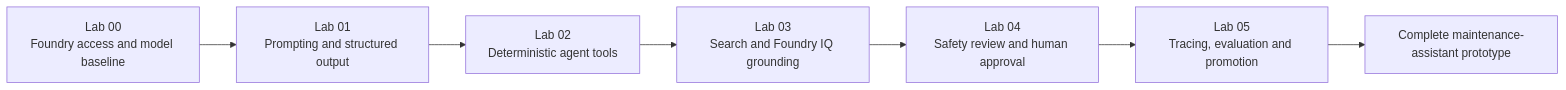
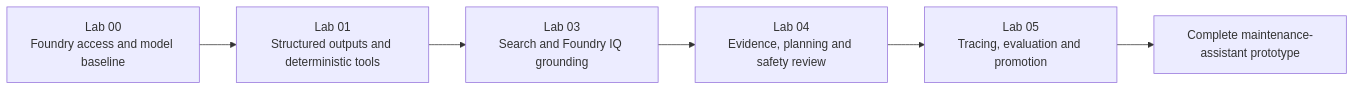
The third of 3 diagrams in ARCHITECTURE.md (ili-meco/opg-microsoft-foundry-workshop), drawn with Mermaid before and after one commit. The commit also changed other lines of this file and 26 other files, not shown here.

Commit message:
Refine workshop lab progression and safety workflow

````diff
--- a/ARCHITECTURE.md
+++ b/ARCHITECTURE.md
@@ -152,12 +152,11 @@
 ```mermaid
 flowchart LR
     lab00[Lab 00<br/>Foundry access and model baseline]
-    lab01[Lab 01<br/>Prompting and structured output]
-    lab02[Lab 02<br/>Deterministic agent tools]
+    lab01[Lab 01<br/>Structured outputs and deterministic tools]
     lab03[Lab 03<br/>Search and Foundry IQ grounding]
-    lab04[Lab 04<br/>Safety review and human approval]
+    lab04[Lab 04<br/>Evidence, planning and safety review]
     lab05[Lab 05<br/>Tracing, evaluation and promotion]
     outcome[Complete maintenance-assistant prototype]
 
-    lab00 --> lab01 --> lab02 --> lab03 --> lab04 --> lab05 --> outcome
+    lab00 --> lab01 --> lab03 --> lab04 --> lab05 --> outcome
 ```
````
